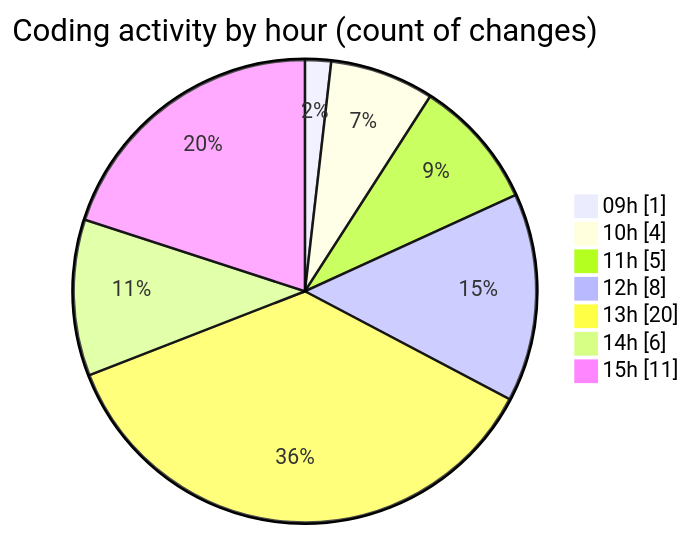
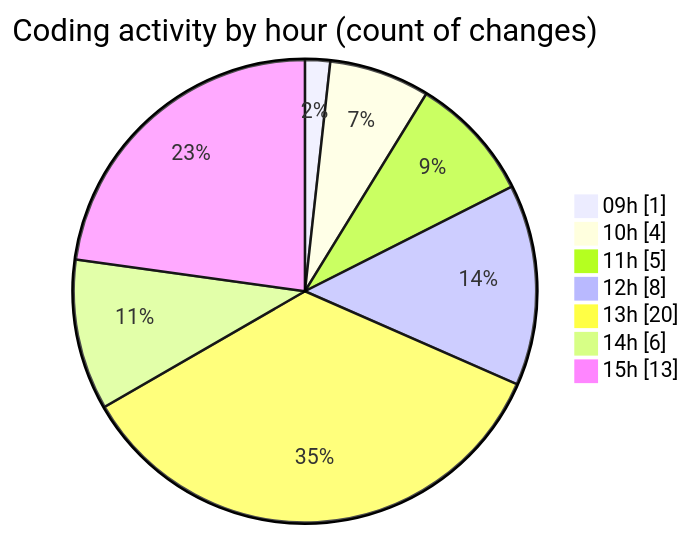
One commit to momahboobian/code-tracking changed the second of 2 diagrams in 2025-02-24/cda/README.md. Above: the diagram before and after it, drawn with Mermaid. The commit also changed other lines of this file and 1 other file, not shown here.

````diff
--- a/2025-02-24/cda/README.md
+++ b/2025-02-24/cda/README.md
@@ -43,11 +43,11 @@
 ```mermaid
 pie showData
 title Coding activity by hour (count of changes)
 "09h" : 1
 "10h" : 4
 "11h" : 5
 "12h" : 8
 "13h" : 20
 "14h" : 6
-"15h" : 11
+"15h" : 13
 ```
````
